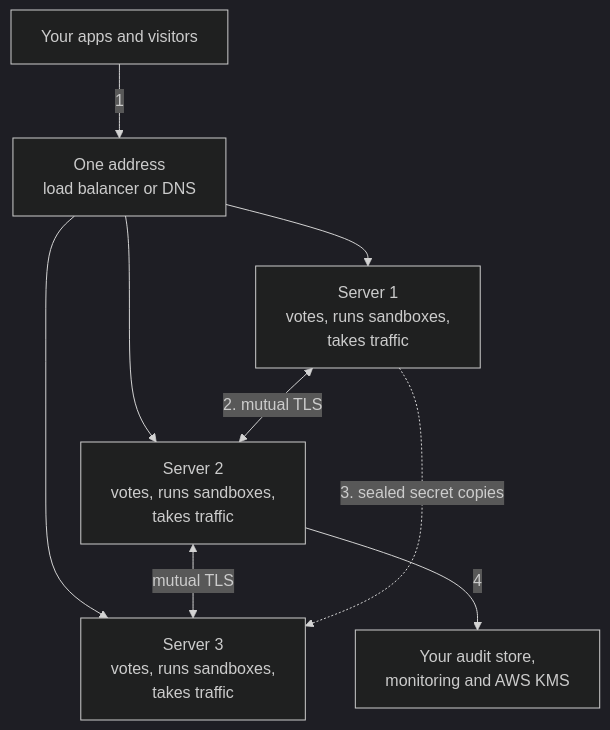
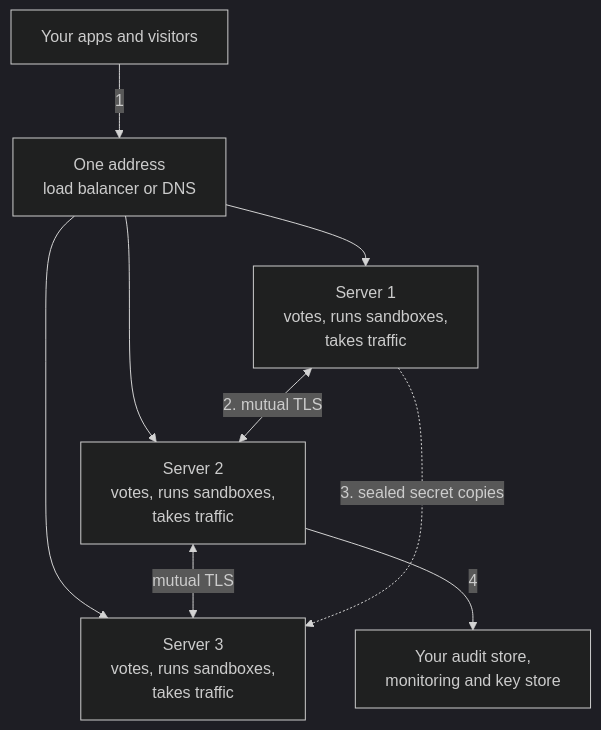
Before and after one commit to aerol-ai/microvm: the third of 5 diagrams in docs/src/content/docs/enterprise/deployment.mdx, drawn with Mermaid (dark theme). The commit also changed other lines of this file and 17 other files, not shown here.

First line of the commit message:
docs: Use your own key store

````diff
--- a/docs/src/content/docs/enterprise/deployment.mdx
+++ b/docs/src/content/docs/enterprise/deployment.mdx
@@ -70,11 +70,11 @@
 ```mermaid
 flowchart TB
     Users["Your apps and visitors"] -- "1" --> LB["One address<br/>load balancer or DNS"]
     LB --> N1["Server 1<br/>votes, runs sandboxes,<br/>takes traffic"]
     LB --> N2["Server 2<br/>votes, runs sandboxes,<br/>takes traffic"]
     LB --> N3["Server 3<br/>votes, runs sandboxes,<br/>takes traffic"]
     N1 <-- "2. mutual TLS" --> N2
     N2 <-- "mutual TLS" --> N3
     N1 -. "3. sealed secret copies" .-> N3
-    N2 -- "4" --> Ext["Your audit store,<br/>monitoring and AWS KMS"]
+    N2 -- "4" --> Ext["Your audit store,<br/>monitoring and key store"]
 ```
````
